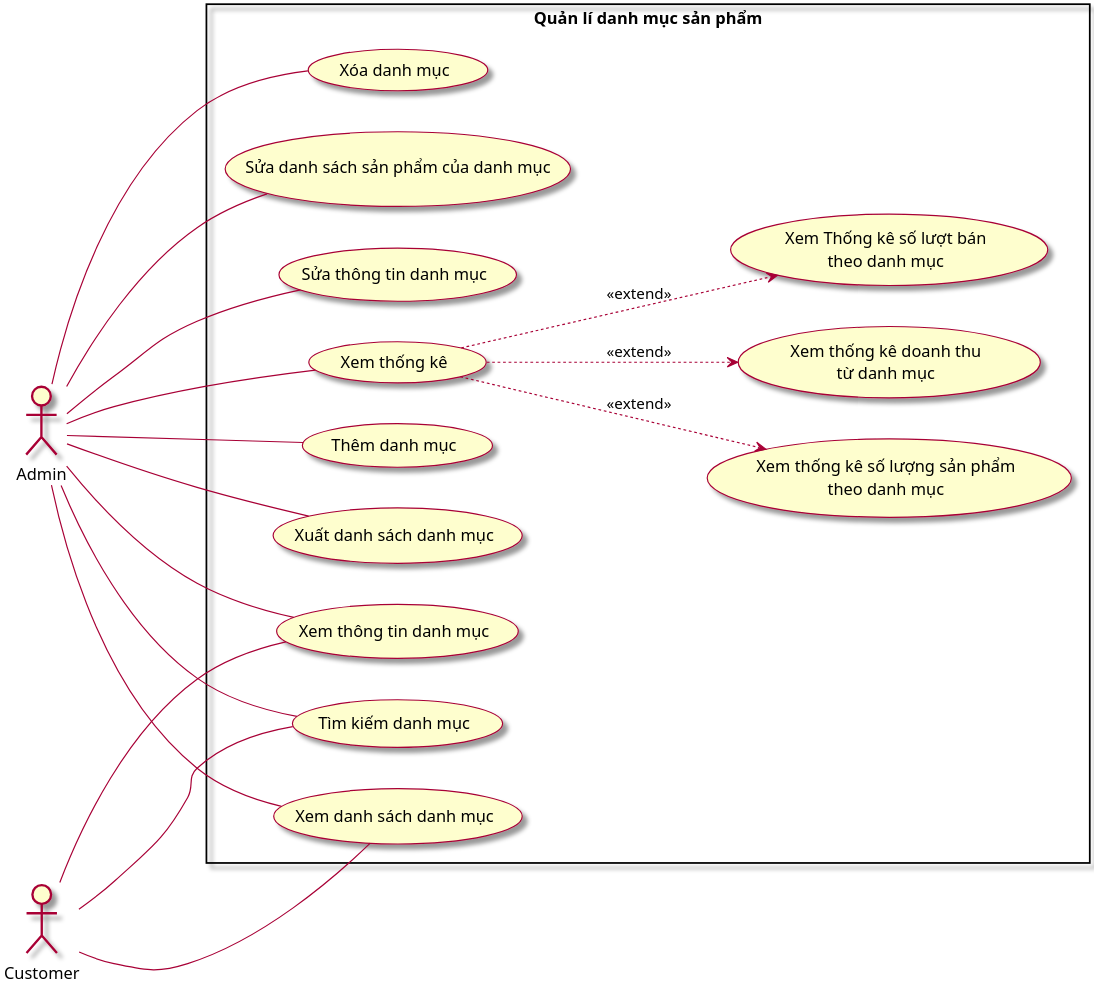
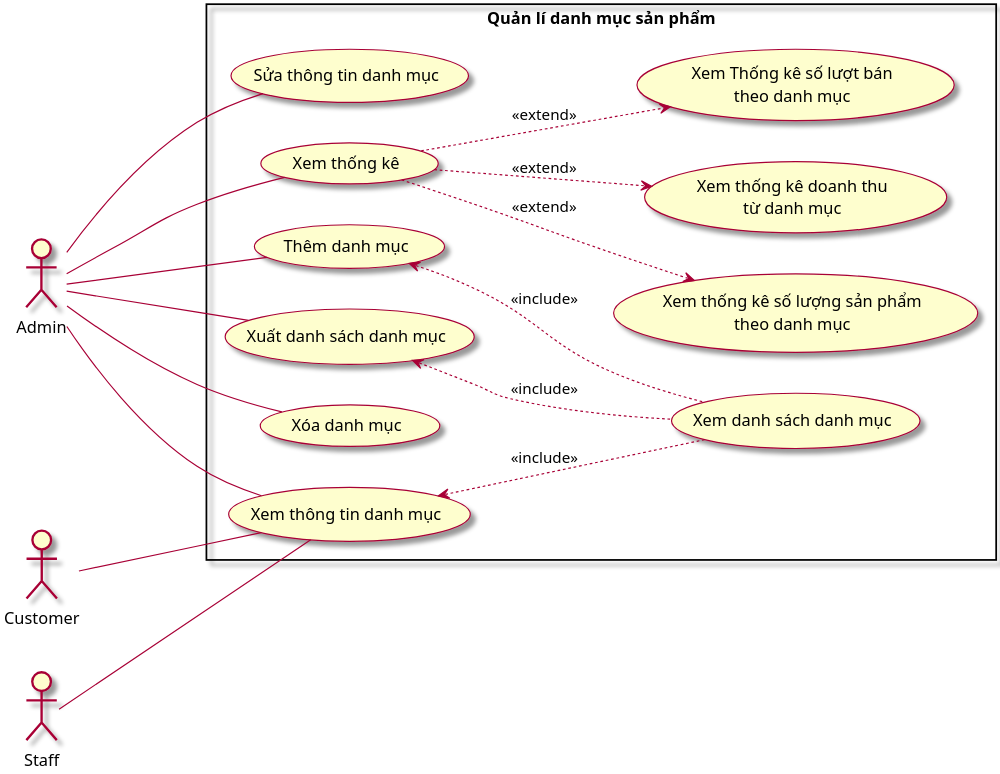
One commit to Marowota/ecommerce-plantuml changed the diagram in Usecase/3. ManageCategory.puml. Above: the diagram before and after it, drawn with PlantUML. The commit also changed 7 other files, not shown here.

```diff
--- a/Usecase/3. ManageCategory.puml
+++ b/Usecase/3. ManageCategory.puml
@@ -1,43 +1,43 @@
 @startuml ManageCategory
 
 left to right direction
 scale 3
 skin rose
 
 actor Admin as admin
 actor Customer as customer
+actor Staff as staff
 
 rectangle "Quản lí danh mục sản phẩm" {
     usecase (Thêm danh mục) as tdm
     usecase (Xem danh sách danh mục) as xdsdm
     usecase (Xem thông tin danh mục) as xttdm
     usecase (Xuất danh sách danh mục) as xudsdm
     usecase (Xóa danh mục) as xodm
-    usecase (Sửa danh sách sản phẩm của danh mục) as sdssptcdm
     usecase (Sửa thông tin danh mục) as sttdm
-    usecase (Tìm kiếm danh mục) as tkdm
     usecase (Xem thống kê) as xtk
     usecase (Xem thống kê số lượng sản phẩm\ntheo danh mục) as tkslsptdm
     usecase (Xem thống kê doanh thu\ntừ danh mục) as tkdttdm
     usecase (Xem Thống kê số lượt bán\ntheo danh mục) as tkslbtdm
 }
 
 admin --- tdm   
 admin --- xttdm
 admin --- xudsdm
 admin --- xodm
-admin --- sdssptcdm
 admin --- sttdm
-admin --- tkdm
 admin --- xtk
-admin --- xdsdm
 
 customer --- xttdm
-customer --- tkdm
-customer --- xdsdm
+
+staff --- xttdm
 
 xtk ..> tkslsptdm : <<extend>>
 xtk ..> tkdttdm : <<extend>>
 xtk ..> tkslbtdm : <<extend>>
 
+tdm <.. xdsdm : <<include>>
+xttdm <.. xdsdm : <<include>>
+xudsdm <.. xdsdm : <<include>>
+
 @enduml
```
